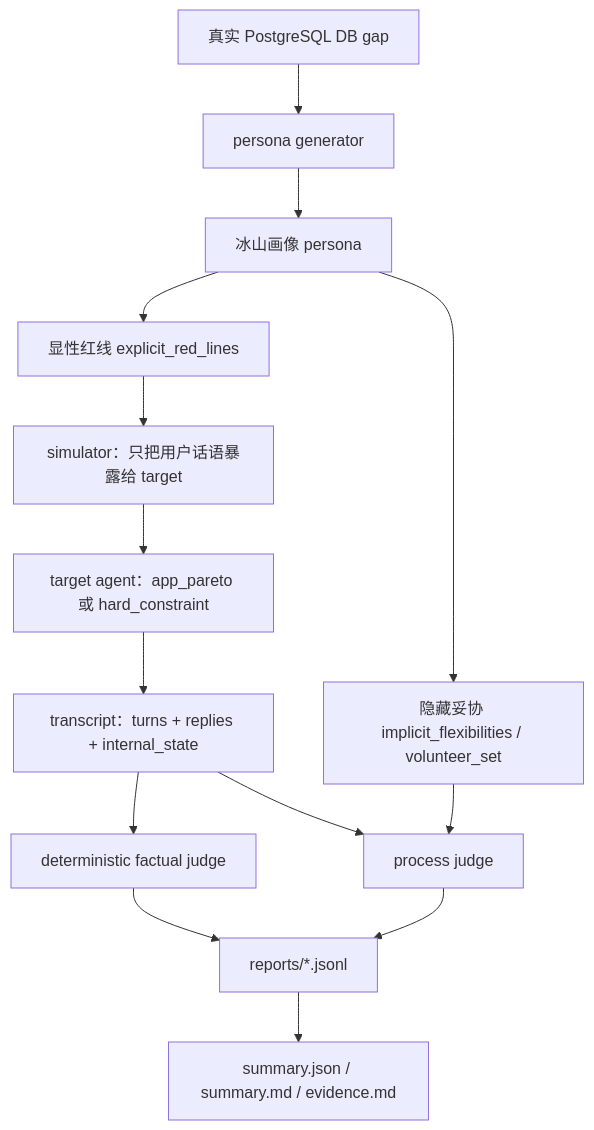
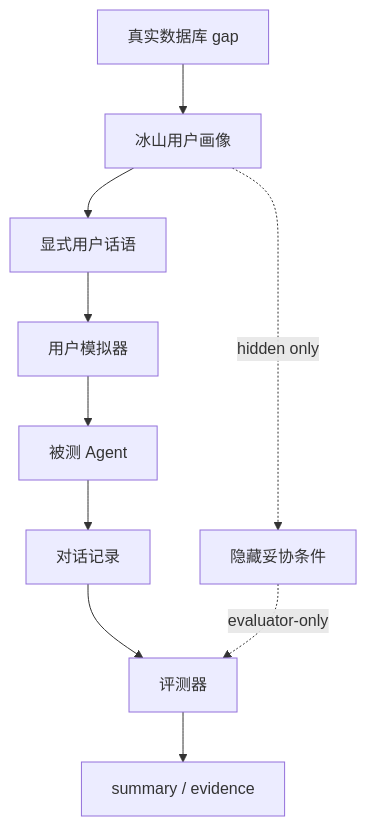
Before and after one commit to PZQ-ship-it/gaokaollm-v2: the second of 2 diagrams in gaokaollm_bench/outputs/thesis_figures_tables_pack.md, drawn with Mermaid. The commit also changed other lines of this file and 23 other files, not shown here.

Commit message:
feat:新增论文插图资产验收与维护说明

````diff
--- a/gaokaollm_bench/outputs/thesis_figures_tables_pack.md
+++ b/gaokaollm_bench/outputs/thesis_figures_tables_pack.md
@@ -131,16 +64,12 @@
 ```mermaid
 flowchart TD
-    DB["真实 PostgreSQL DB gap"] --> GEN["persona generator"]
-    GEN --> PER["冰山画像 persona"]
-    PER --> EX["显性红线 explicit_red_lines"]
-    PER --> HID["隐藏妥协 implicit_flexibilities / volunteer_set"]
-    EX --> SIM["simulator：只把用户话语暴露给 target"]
-    SIM --> TARGET["target agent：app_pareto 或 hard_constraint"]
-    TARGET --> TR["transcript：turns + replies + internal_state"]
-    TR --> FJ["deterministic factual judge"]
-    TR --> PJ["process judge"]
-    HID --> PJ
-    FJ --> REP["reports/*.jsonl"]
-    PJ --> REP
-    REP --> SUM["summary.json / summary.md / evidence.md"]
+    DB["真实数据库 gap"] --> PER["冰山用户画像"]
+    PER --> VIS["显式用户话语"]
+    PER -. hidden only .-> HID["隐藏妥协条件"]
+    VIS --> SIM["用户模拟器"]
+    SIM --> AG["被测 Agent"]
+    AG --> TR["对话记录"]
+    TR --> EV["评测器"]
+    HID -. evaluator-only .-> EV
+    EV --> OUT["summary / evidence"]
 ```
````
